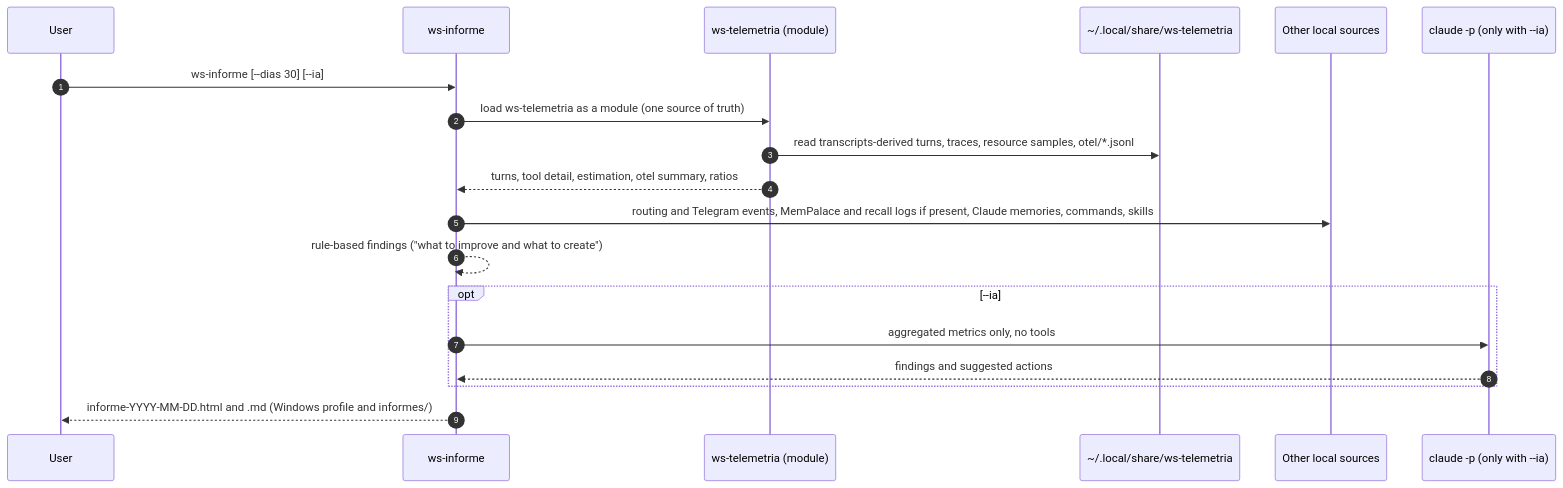
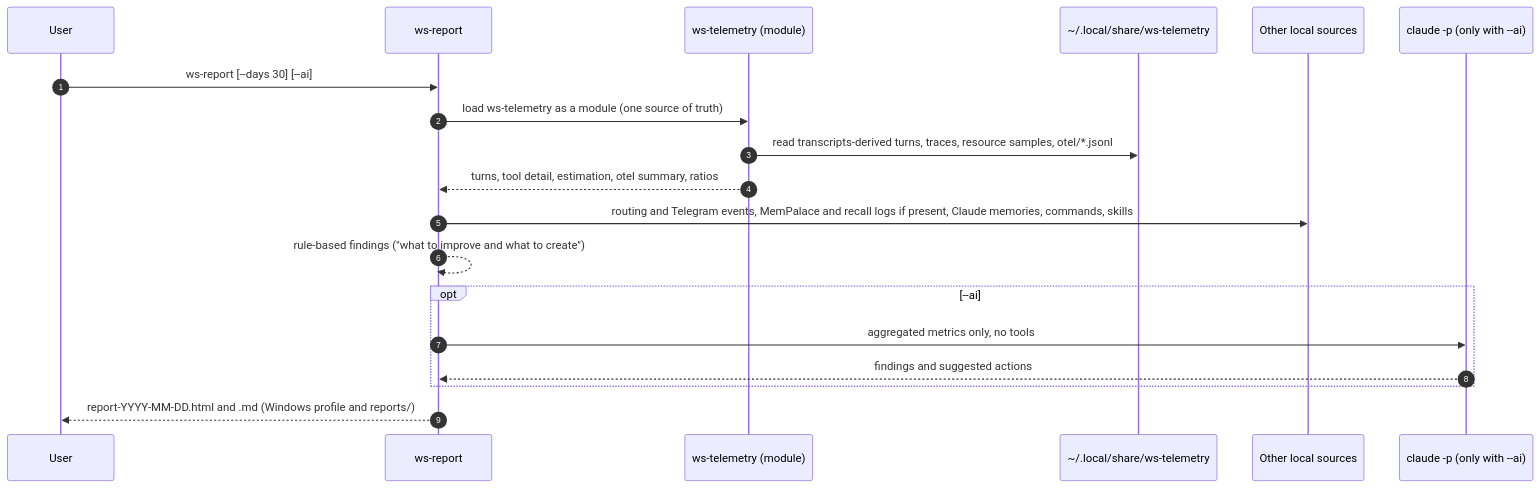
The eighth of 10 diagrams in docs/DIAGRAMS.md (andreshma/claude-workstation), drawn with Mermaid before and after one commit. The commit also changed other lines of this file and 226 other files, not shown here.

````diff
--- a/docs/DIAGRAMS.md
+++ b/docs/DIAGRAMS.md
@@ -278,22 +278,22 @@
 ```mermaid
 sequenceDiagram
   autonumber
   participant U as User
-  participant I as ws-informe
-  participant W as ws-telemetria (module)
-  participant D as ~/.local/share/ws-telemetria
+  participant I as ws-report
+  participant W as ws-telemetry (module)
+  participant D as ~/.local/share/ws-telemetry
   participant X as Other local sources
-  participant C as claude -p (only with --ia)
+  participant C as claude -p (only with --ai)
 
-  U->>I: ws-informe [--dias 30] [--ia]
-  I->>W: load ws-telemetria as a module (one source of truth)
+  U->>I: ws-report [--days 30] [--ai]
+  I->>W: load ws-telemetry as a module (one source of truth)
   W->>D: read transcripts-derived turns, traces, resource samples, otel/*.jsonl
   W-->>I: turns, tool detail, estimation, otel summary, ratios
   I->>X: routing and Telegram events, MemPalace and recall logs if present, Claude memories, commands, skills
   I-->>I: rule-based findings ("what to improve and what to create")
-  opt --ia
+  opt --ai
     I->>C: aggregated metrics only, no tools
     C-->>I: findings and suggested actions
   end
-  I-->>U: informe-YYYY-MM-DD.html and .md (Windows profile and informes/)
+  I-->>U: report-YYYY-MM-DD.html and .md (Windows profile and reports/)
 ```
````
